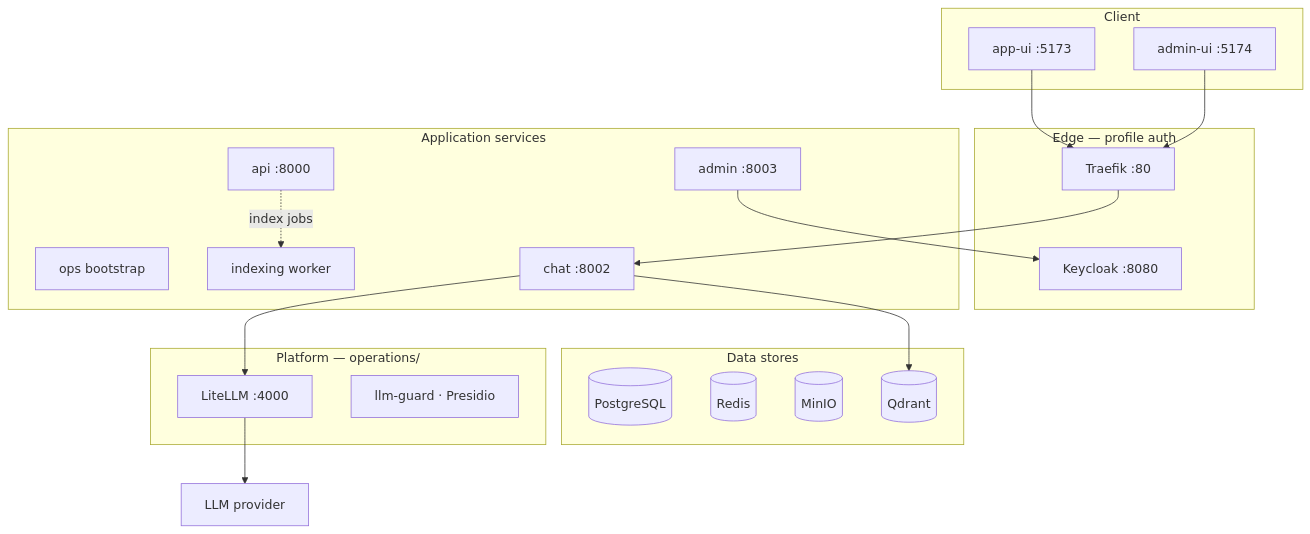
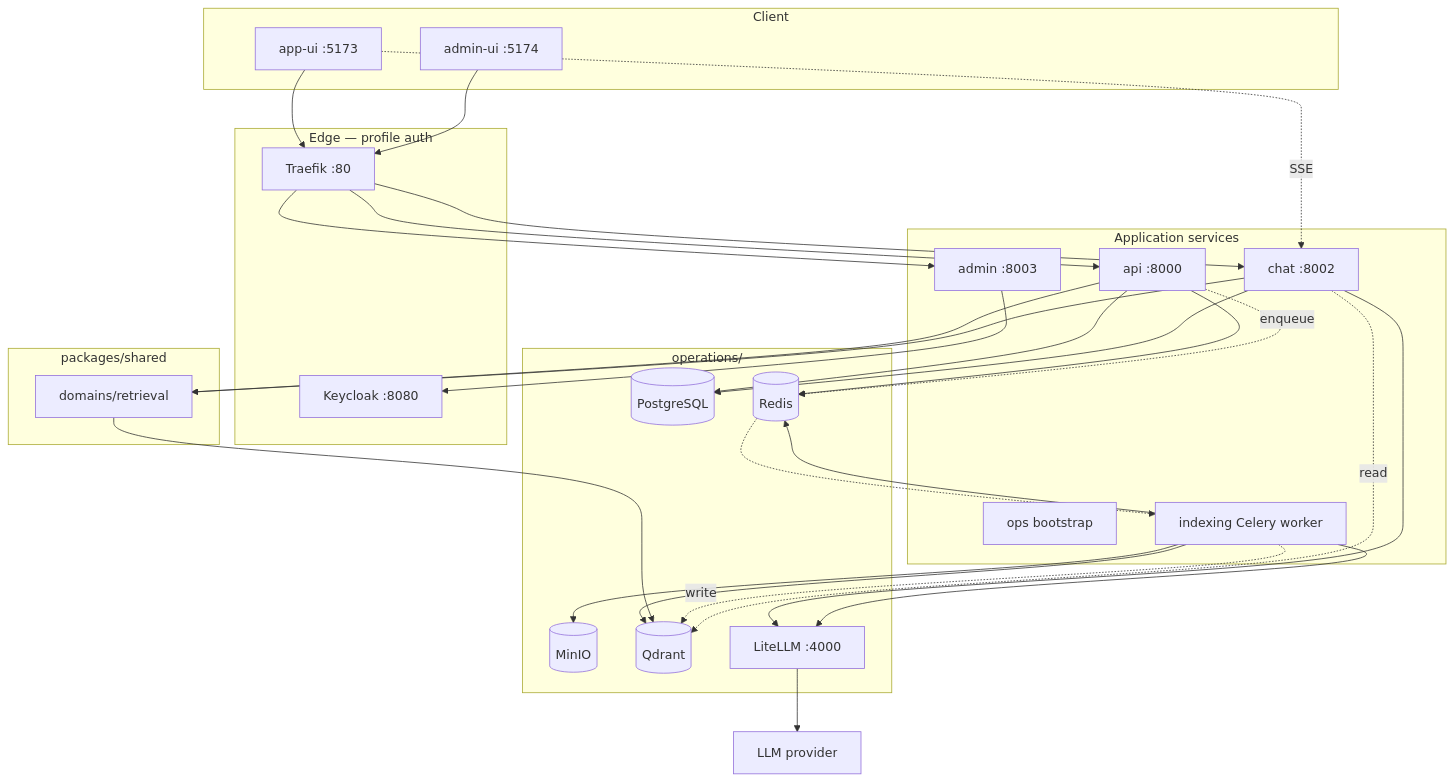
Before and after one commit to krlybnd/squint-genai: the diagram in README.md, drawn with Mermaid. The commit also changed other lines of this file and 74 other files, not shown here.

````diff
--- a/README.md
+++ b/README.md
@@ -72,44 +50,58 @@
 ```mermaid
 flowchart TB
     subgraph client [Client]
         frontend["app-ui :5173"]
         admin_ui["admin-ui :5174"]
     end
 
     subgraph edge [Edge — profile auth]
         traefik["Traefik :80"]
         keycloak["Keycloak :8080"]
     end
 
     subgraph app [Application services]
         ops["ops bootstrap"]
         api["api :8000"]
         chat["chat :8002"]
         admin["admin :8003"]
-        indexing["indexing worker"]
+        indexing["indexing Celery worker"]
     end
 
-    subgraph platform [Platform — operations/]
-        litellm["LiteLLM :4000"]
-        guard["llm-guard · Presidio"]
+    subgraph shared [packages/shared]
+        retrieval["domains/retrieval"]
     end
 
-    subgraph data [Data stores]
+    subgraph data [operations/]
         postgres[("PostgreSQL")]
         redis[("Redis")]
         minio[("MinIO")]
         qdrant[("Qdrant")]
+        litellm["LiteLLM :4000"]
     end
 
-    ext["LLM provider"]
+    llm["LLM provider"]
 
     frontend --> traefik
     admin_ui --> traefik
+    traefik --> api
     traefik --> chat
+    traefik --> admin
+    api --> postgres
+    api --> redis
+    api --> retrieval
+    chat --> postgres
+    chat --> retrieval
+    chat --> litellm
     admin --> keycloak
-    chat --> litellm
-    chat --> qdrant
-    litellm --> ext
-
-    api -.->|index jobs| indexing
+    indexing --> redis
+    indexing --> minio
+    indexing --> qdrant
+    indexing --> litellm
+    retrieval --> qdrant
+    litellm --> llm
+    api -.->|"enqueue"| redis
+    redis -.-> indexing
+    indexing -.->|"write"| qdrant
+    chat -.->|"read"| qdrant
+    frontend -.->|"SSE"| chat
 ```
````
